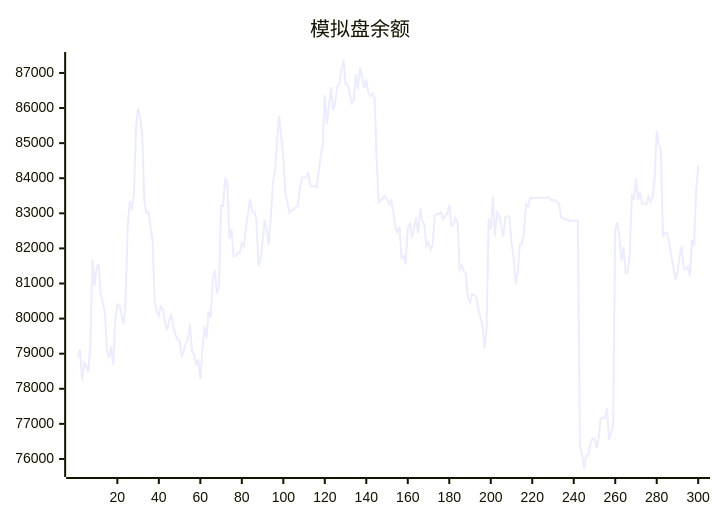
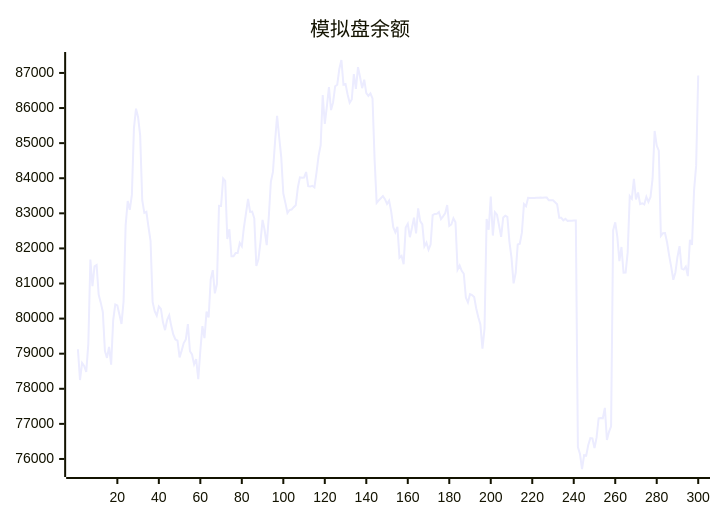
One commit to aahl/ai-trading changed the diagram in README.md. Above: the diagram before and after it, drawn with Mermaid. The commit also changed other lines of this file and 1 other file, not shown here.

````diff
--- a/README.md
+++ b/README.md
@@ -5,5 +5,5 @@
 ```mermaid
 xychart
     title "模拟盘余额"
-    line [78888,79126,78249,78738,78653,78478,79271,81680,80923,81488,81527,80681,80455,80190,79084,78879,79193,78686,79954,80403,80374,80118,79848,80491,82665,83351,83098,83525,85430,85983,85737,85221,83378,83014,83043,82613,82216,80477,80208,80081,80348,80277,79894,79670,79965,80093,79786,79542,79406,79371,78893,79087,79304,79406,79841,79072,78978,78696,78846,78272,79085,79787,79442,80198,80031,81120,81379,80718,80985,83214,83212,83993,83921,82270,82547,81776,81776,81866,81866,82158,82061,82596,83000,83408,83041,83050,82858,81503,81691,82188,82812,82517,82092,82901,83898,84180,85030,85781,85178,84604,83569,83298,83008,83093,83107,83175,83228,83729,84025,84017,84019,84177,83775,83762,83785,83738,84160,84639,84939,86370,85548,86046,86599,85942,86161,86622,86664,87115,87369,86666,86685,86384,86152,86243,86969,86548,87164,86885,86566,86809,86427,86348,86417,86273,84538,83299,83369,83430,83490,83404,83270,83362,83056,82605,82459,82614,81734,81788,81551,82598,82702,82320,82580,82878,82426,83139,82778,82686,82056,82166,81963,82110,82951,82983,82984,83038,82838,82915,82998,83235,82642,82682,82858,82746,81396,81512,81362,81277,80600,80461,80699,80673,80616,80288,80038,79836,79142,79722,82837,82533,83480,82366,83032,82960,82654,82330,82883,82934,82901,82188,81728,81005,81298,82110,82135,82449,83264,83203,83440,83439,83440,83440,83446,83447,83448,83447,83448,83449,83369,83369,83369,83313,83256,82872,82873,82801,82844,82785,82791,82791,82793,82794,76339,76145,75714,76110,76096,76397,76594,76585,76310,76607,77160,77170,77160,77456,76541,76774,76927,82520,82744,82337,81639,82040,81307,81314,81887,83490,83414,83984,83396,83594,83261,83287,83253,83470,83327,83465,83987,85348,84930,84786,82355,82433,82438,82167,81795,81466,81105,81315,81756,82064,81426,81398,81481,81210,82242,82099,83658,84359]
+    line [79126,78249,78738,78653,78478,79271,81680,80923,81488,81527,80681,80455,80190,79084,78879,79193,78686,79954,80403,80374,80118,79848,80491,82665,83351,83098,83525,85430,85983,85737,85221,83378,83014,83043,82613,82216,80477,80208,80081,80348,80277,79894,79670,79965,80093,79786,79542,79406,79371,78893,79087,79304,79406,79841,79072,78978,78696,78846,78272,79085,79787,79442,80198,80031,81120,81379,80718,80985,83214,83212,83993,83921,82270,82547,81776,81776,81866,81866,82158,82061,82596,83000,83408,83041,83050,82858,81503,81691,82188,82812,82517,82092,82901,83898,84180,85030,85781,85178,84604,83569,83298,83008,83093,83107,83175,83228,83729,84025,84017,84019,84177,83775,83762,83785,83738,84160,84639,84939,86370,85548,86046,86599,85942,86161,86622,86664,87115,87369,86666,86685,86384,86152,86243,86969,86548,87164,86885,86566,86809,86427,86348,86417,86273,84538,83299,83369,83430,83490,83404,83270,83362,83056,82605,82459,82614,81734,81788,81551,82598,82702,82320,82580,82878,82426,83139,82778,82686,82056,82166,81963,82110,82951,82983,82984,83038,82838,82915,82998,83235,82642,82682,82858,82746,81396,81512,81362,81277,80600,80461,80699,80673,80616,80288,80038,79836,79142,79722,82837,82533,83480,82366,83032,82960,82654,82330,82883,82934,82901,82188,81728,81005,81298,82110,82135,82449,83264,83203,83440,83439,83440,83440,83446,83447,83448,83447,83448,83449,83369,83369,83369,83313,83256,82872,82873,82801,82844,82785,82791,82791,82793,82794,76339,76145,75714,76110,76096,76397,76594,76585,76310,76607,77160,77170,77160,77456,76541,76774,76927,82520,82744,82337,81639,82040,81307,81314,81887,83490,83414,83984,83396,83594,83261,83287,83253,83470,83327,83465,83987,85348,84930,84786,82355,82433,82438,82167,81795,81466,81105,81315,81756,82064,81426,81398,81481,81210,82242,82099,83658,84359,86925]
 ```
````
